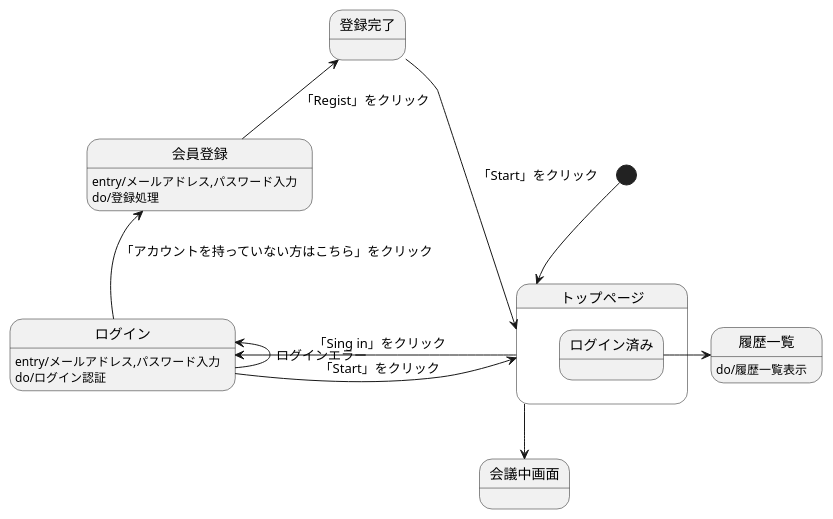
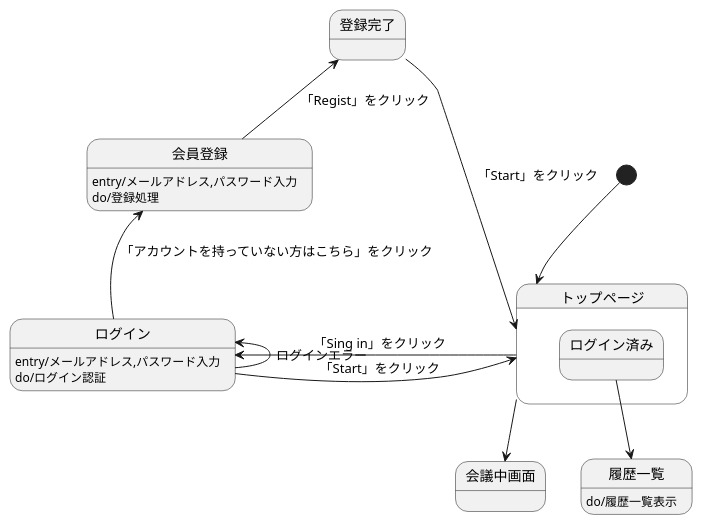
Before and after one commit to Aso2001031/2021sys-design: the diagram in 画面遷移図.md, drawn with PlantUML.

````diff
--- a/画面遷移図.md
+++ b/画面遷移図.md
@@ -1,32 +1,32 @@
 ```uml
 @startuml
 
 [*] -down-> トップページ
 
 State トップページ {
   state ログイン済み {
   
   }
 }
 トップページ -right-> ログイン :「Sing in」をクリック
 トップページ -down-> 会議中画面
 
 
 ログイン : entry/メールアドレス,パスワード入力
 ログイン : do/ログイン認証
 ログイン -left-> トップページ :「Start」をクリック
 ログイン -up-> 会員登録 :「アカウントを持っていない方はこちら」をクリック
 ログイン -up-> ログイン :ログインエラー
 
 会員登録 : entry/メールアドレス,パスワード入力
 会員登録 : do/登録処理
 会員登録 -up-> 登録完了 : 「Regist」をクリック
 
 登録完了 -> トップページ :「Start」をクリック
 
-ログイン済み -> 履歴一覧
+ログイン済み -down-> 履歴一覧
 
 履歴一覧 :do/履歴一覧表示
 
 @enduml
 ```
````
